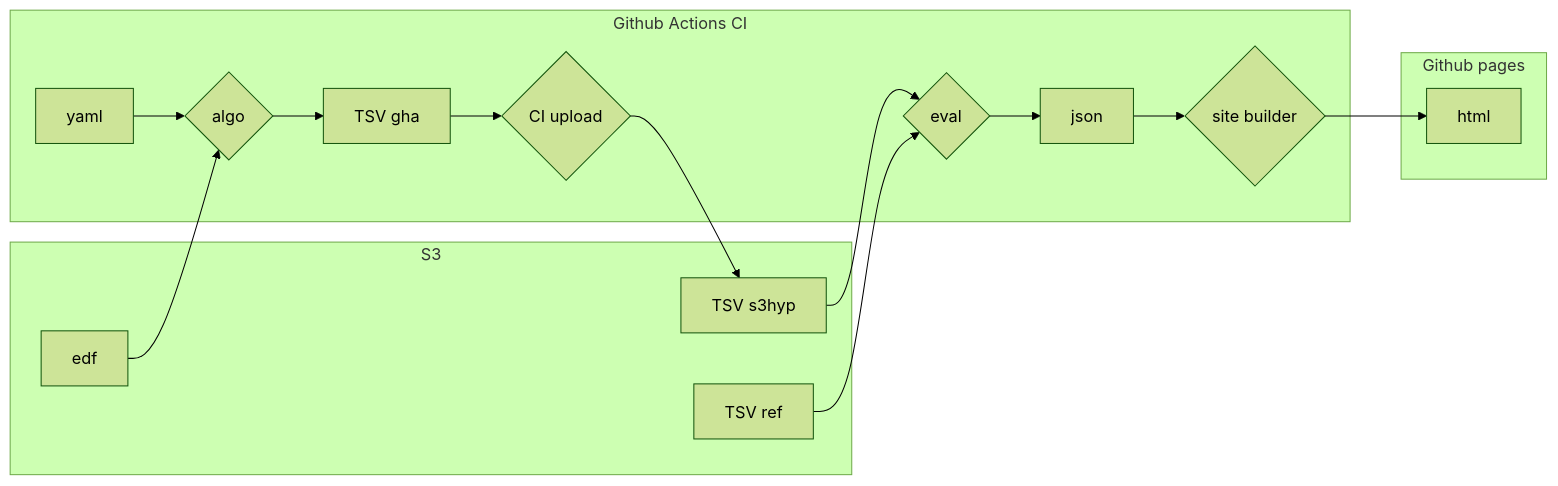
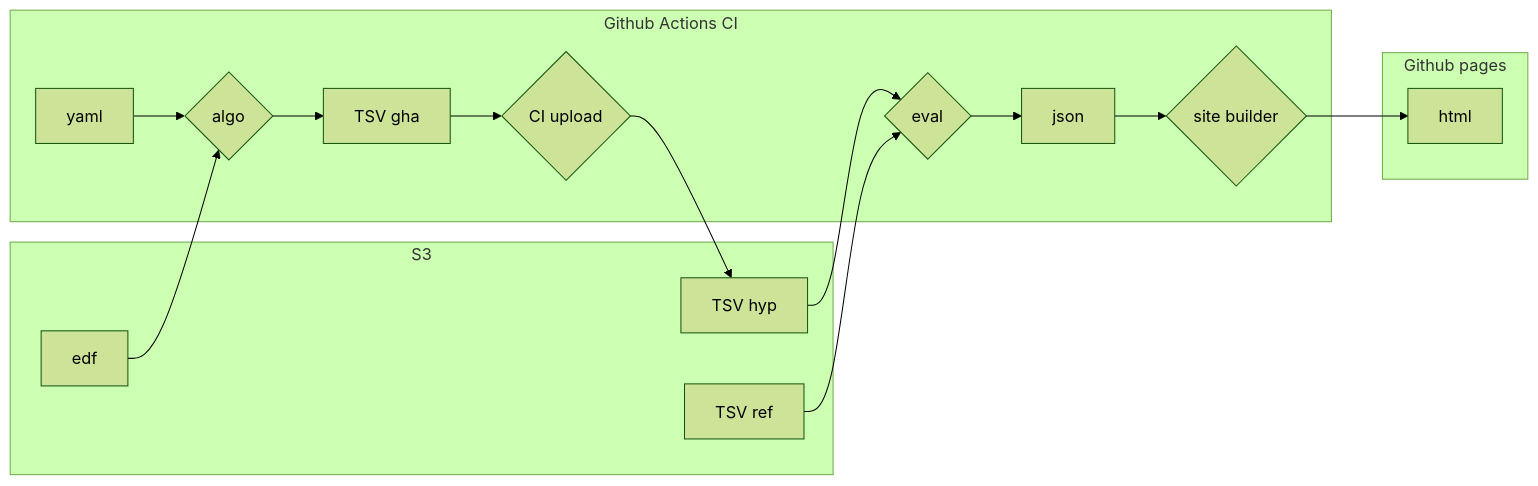
One commit to greut/szcore changed the diagram in README.md. Above: the diagram before and after it, drawn with Mermaid (forest theme).

Commit message:
docs(readme): fix typo in mermaid

````diff
--- a/README.md
+++ b/README.md
@@ -16,24 +16,24 @@
 ```mermaid
 flowchart LR
 
     subgraph S3
     EDF[edf]
     TSVr[TSV ref]
-    TSVh[TSV s3hyp]
+    TSVh[TSV hyp]
     end
 
     subgraph Github Actions CI
         EDF --> ALG{algo}
         C[yaml] --> ALG
         ALG --> TSVg[TSV gha]
         TSVg --> CIu{CI upload}
         TSVh --> F{eval}
         F --> G[json]
         G --> H{site builder}
         CIu --> TSVh
         TSVr --> F
     end
     subgraph Github pages
         H --> I[html]
     end
 ```
````
